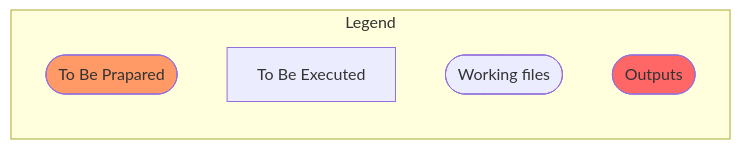
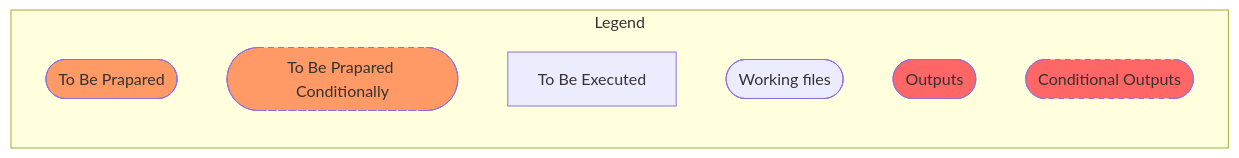
Before and after one commit to angel-marchev/case-cold-start-modeling: the first of 3 diagrams in user-manual.md, drawn with Mermaid. The commit also changed other lines of this file, not shown here.

````diff
--- a/user-manual.md
+++ b/user-manual.md
@@ -1,11 +1,15 @@
 ```mermaid
 flowchart LR;
 subgraph legend["Legend"];
     prepared(["To Be Prapared"]);
     style prepared fill:#f96;
+    prepared_cond(["To Be Prapared Conditionally"]);
+    style prepared_cond fill:#f96,stroke-dasharray: 5 5;
     executed["To Be Executed"];
     working(["Working files"]);
     output(["Outputs"]);
     style output fill:#f66;
+    output_cond(["Conditional Outputs"]);
+    style output_cond fill:#f66,stroke-dasharray: 5 5;
 end
 ```
````
